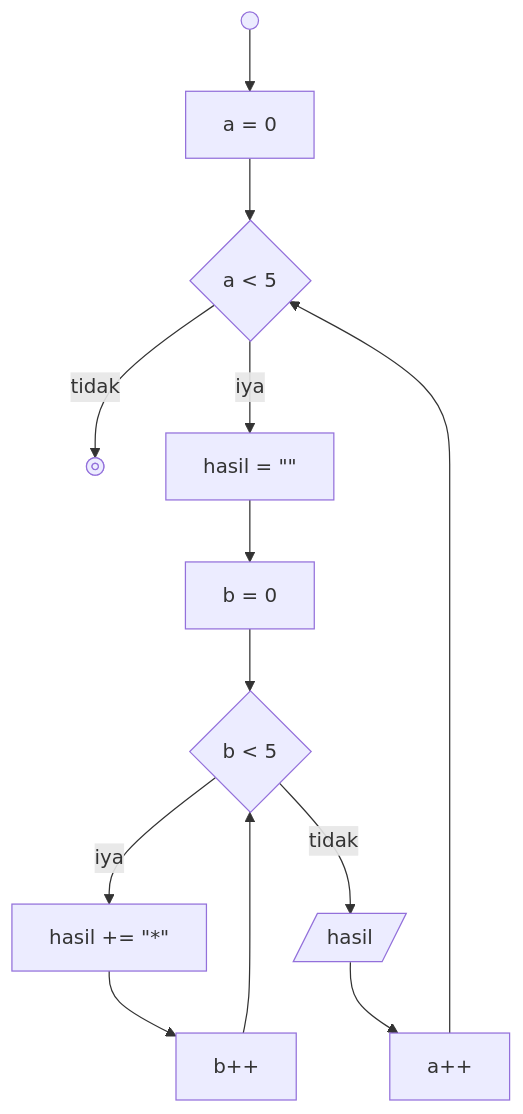
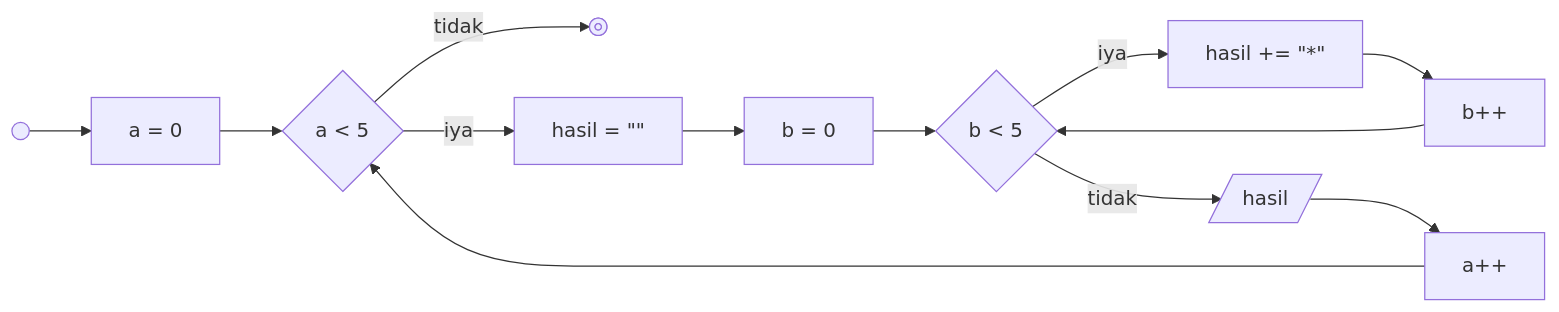
The first of 3 diagrams in README.md (rizqyazhar/koda-b10-javascript3), drawn with Mermaid before and after one commit. The commit also changed other lines of this file, not shown here.

Commit message:
change flowchart direction

````diff
--- a/README.md
+++ b/README.md
@@ -5,22 +5,22 @@
 ```mermaid
 
-flowchart TD
+flowchart LR
 
 A@{shape: sm-circ, label: "start"}
 B@{shape: fr-circ, label: "end"}
 C@{shape: rect, label: "a = 0"}
 D@{shape: rect, label: "b = 0"}
 E@{shape: rect, label: "hasil = #quot;#quot;"}
 F@{shape: diam, label: "a < 5"}
 G@{shape: diam, label: "b < 5"}
 H@{shape: rect, label: "a++"}
 I@{shape: rect, label: "b++"}
 J@{shape: rect, label: "hasil += #quot;*#quot;"}
 K@{shape: lean-r, label: "hasil"}
 
 A --> C --> F --iya--> E --> D --> G --iya--> J --> I --> G
 G --tidak--> K --> H --> F
 
 F --tidak--> B
 
 ```
````
